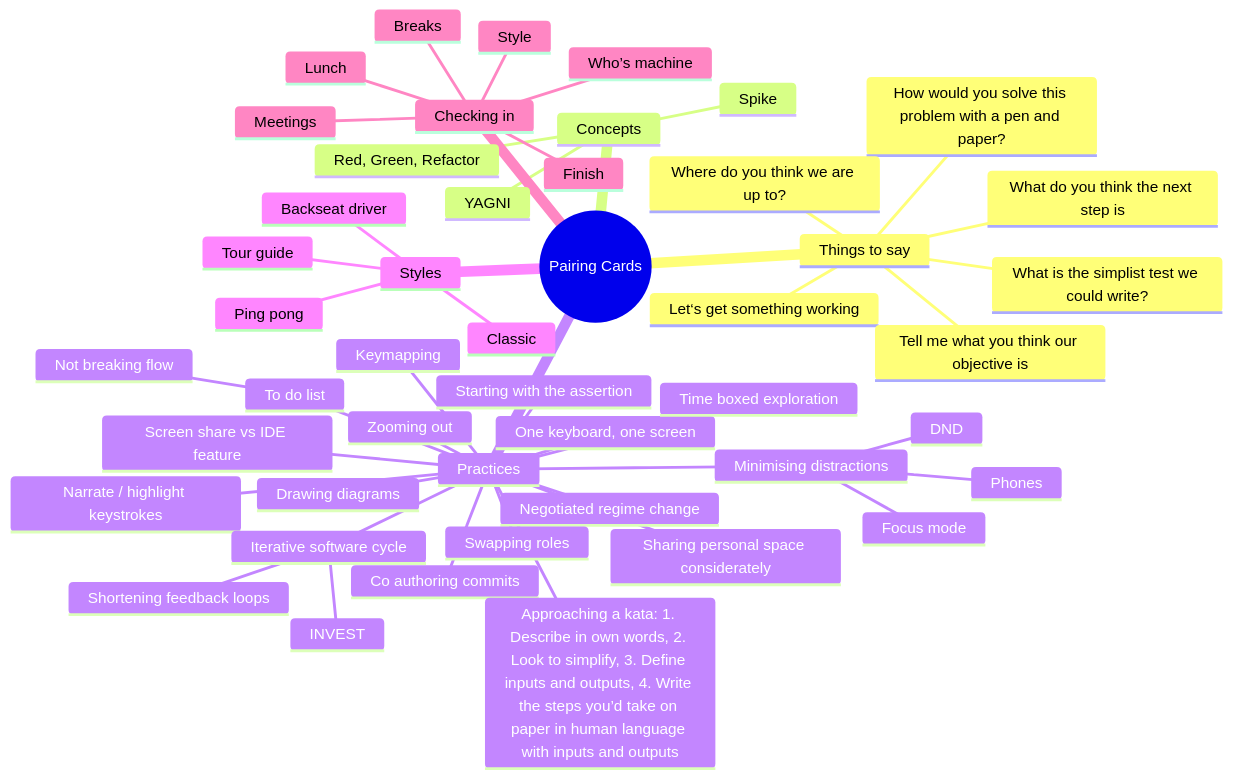
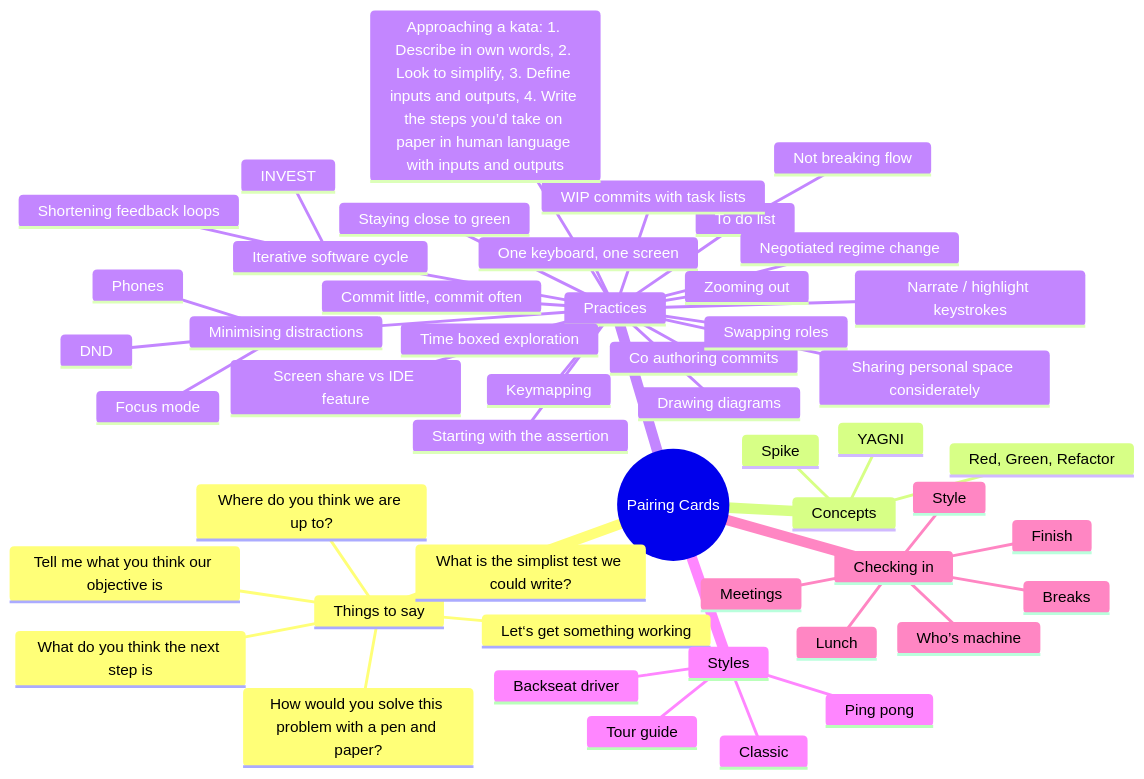
The diagram in README.md (mrmanc/pairing-cards), drawn with Mermaid before and after one commit.

Commit message:
Add some good commit practices

````diff
--- a/README.md
+++ b/README.md
@@ -6,50 +6,53 @@
 ```mermaid
 mindmap
     root((Pairing Cards))
         Things to say
             What do you think the next step is
             How would you solve this problem with a pen and paper?
             Let‘s get something working
             Tell me what you think our objective is
             Where do you think we are up to?
             What is the simplist test we could write?
         Concepts
             YAGNI
             Red, Green, Refactor
             Spike
         Practices
             One keyboard, one screen
             Screen share vs IDE feature
             To do list
                 Not breaking flow
             Zooming out
             Narrate / highlight keystrokes
             Time boxed exploration
             Negotiated regime change
             Minimising distractions
                 Phones
                 Focus mode
                 DND
             Co authoring commits
+            Commit little, commit often
+            WIP commits with task lists
+            Staying close to green
             Drawing diagrams
             Swapping roles
             Sharing personal space considerately
             Keymapping
             Starting with the assertion
             Iterative software cycle
                 Shortening feedback loops
                 INVEST
             Approaching a kata: 1. Describe in own words, 2. Look to simplify, 3. Define inputs and outputs, 4. Write the steps you’d take on paper in human language with inputs and outputs
         Styles
             Ping pong
             Classic
             Tour guide
             Backseat driver
         Checking in
             Style
             Who’s machine
             Lunch
             Meetings
             Breaks
             Finish
 ```
````
